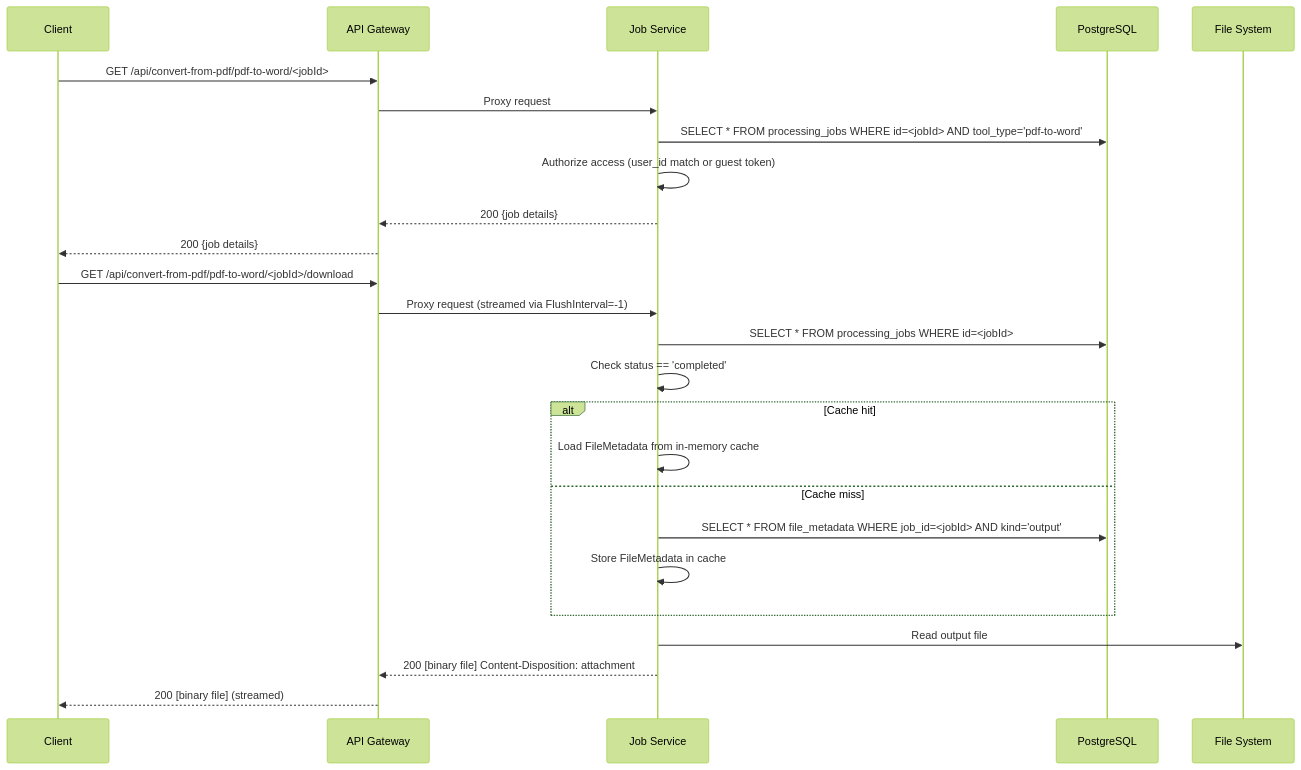
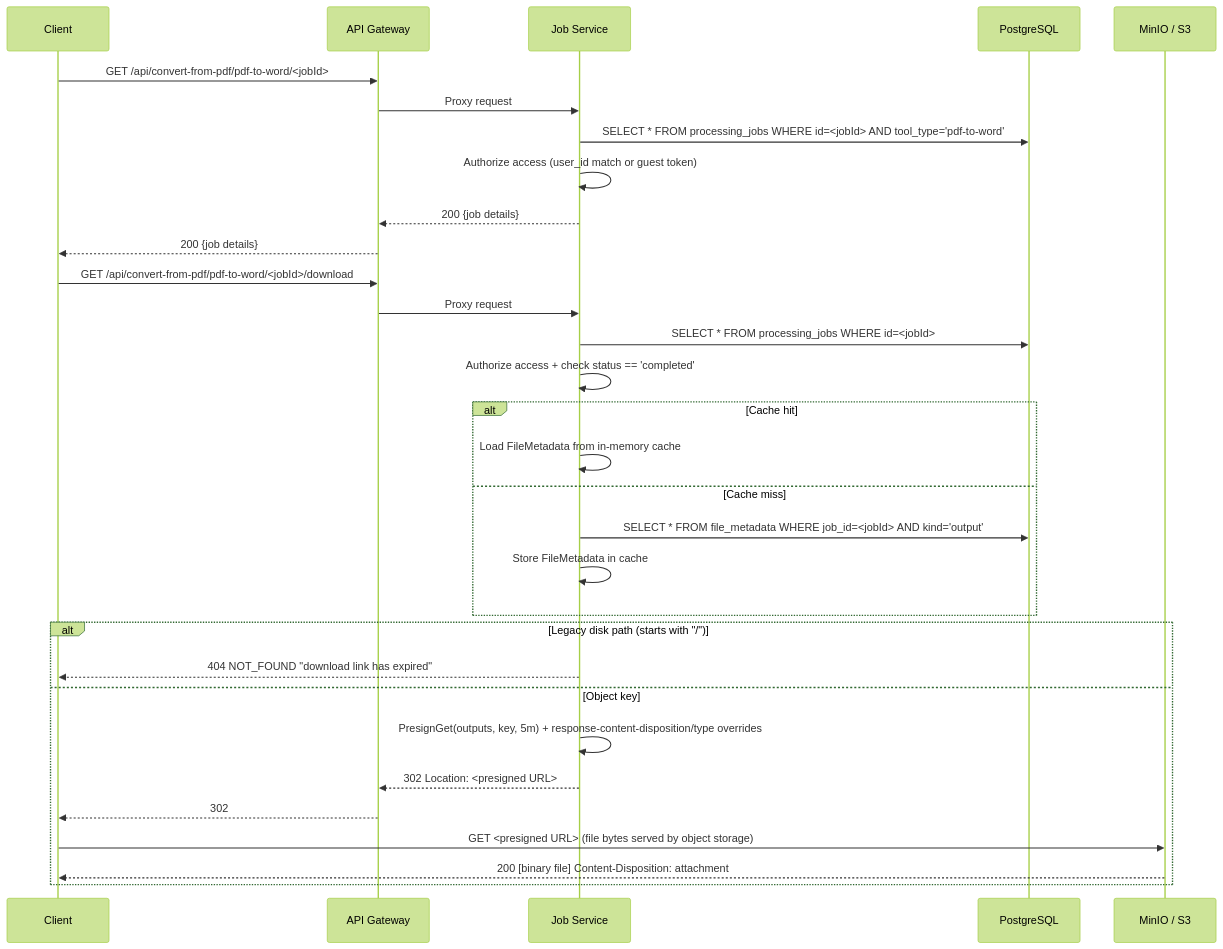
One commit to Prachidubey2003/fyredocs_backend changed the third of 4 diagrams in docs/developer/services/JOB_SERVICE.md. Above: the diagram before and after it, drawn with Mermaid (forest theme). The commit also changed other lines of this file and 84 other files, not shown here.

````diff
--- a/docs/developer/services/JOB_SERVICE.md
+++ b/docs/developer/services/JOB_SERVICE.md
@@ -349,29 +381,35 @@
 ```mermaid
 sequenceDiagram
     participant C as Client
     participant GW as API Gateway
     participant JS as Job Service
     participant DB as PostgreSQL
-    participant FS as File System
+    participant S3 as MinIO / S3
 
     C->>GW: GET /api/convert-from-pdf/pdf-to-word/<jobId>
     GW->>JS: Proxy request
     JS->>DB: SELECT * FROM processing_jobs WHERE id=<jobId> AND tool_type='pdf-to-word'
     JS->>JS: Authorize access (user_id match or guest token)
     JS-->>GW: 200 {job details}
     GW-->>C: 200 {job details}
 
     C->>GW: GET /api/convert-from-pdf/pdf-to-word/<jobId>/download
-    GW->>JS: Proxy request (streamed via FlushInterval=-1)
+    GW->>JS: Proxy request
     JS->>DB: SELECT * FROM processing_jobs WHERE id=<jobId>
-    JS->>JS: Check status == 'completed'
+    JS->>JS: Authorize access + check status == 'completed'
     alt Cache hit
         JS->>JS: Load FileMetadata from in-memory cache
     else Cache miss
         JS->>DB: SELECT * FROM file_metadata WHERE job_id=<jobId> AND kind='output'
         JS->>JS: Store FileMetadata in cache
     end
-    JS->>FS: Read output file
-    JS-->>GW: 200 [binary file] Content-Disposition: attachment
-    GW-->>C: 200 [binary file] (streamed)
+    alt Legacy disk path (starts with "/")
+        JS-->>C: 404 NOT_FOUND "download link has expired"
+    else Object key
+        JS->>JS: PresignGet(outputs, key, 5m) + response-content-disposition/type overrides
+        JS-->>GW: 302 Location: <presigned URL>
+        GW-->>C: 302
+        C->>S3: GET <presigned URL> (file bytes served by object storage)
+        S3-->>C: 200 [binary file] Content-Disposition: attachment
+    end
 ```
````
